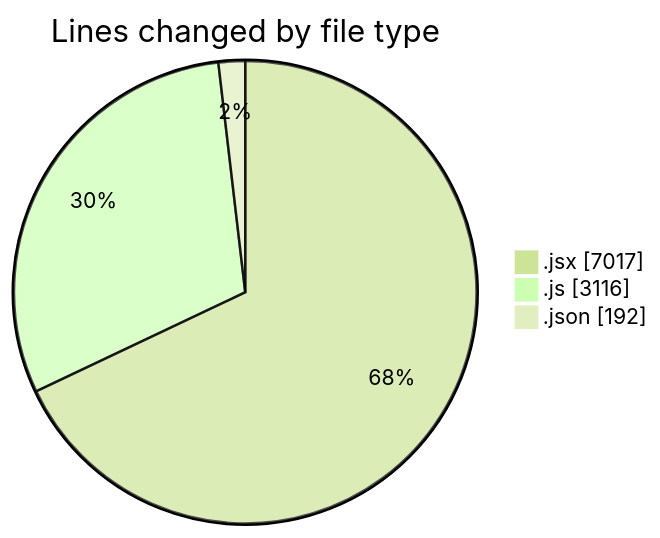
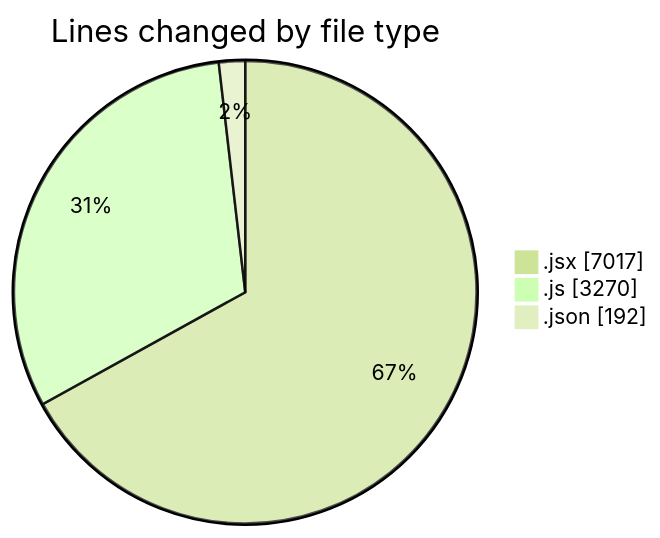
Before and after one commit to nxtqubesakshisongat/code-tracking: the first of 2 diagrams in 2025-08-06/nxtqube_webapp/README.md, drawn with Mermaid (forest theme). The commit also changed other lines of this file and 1 other file, not shown here.

````diff
--- a/2025-08-06/nxtqube_webapp/README.md
+++ b/2025-08-06/nxtqube_webapp/README.md
@@ -31,7 +31,7 @@
 ```mermaid
 pie showData
 title Lines changed by file type
 ".jsx" : 7017
-".js" : 3116
+".js" : 3270
 ".json" : 192
 ```
````
